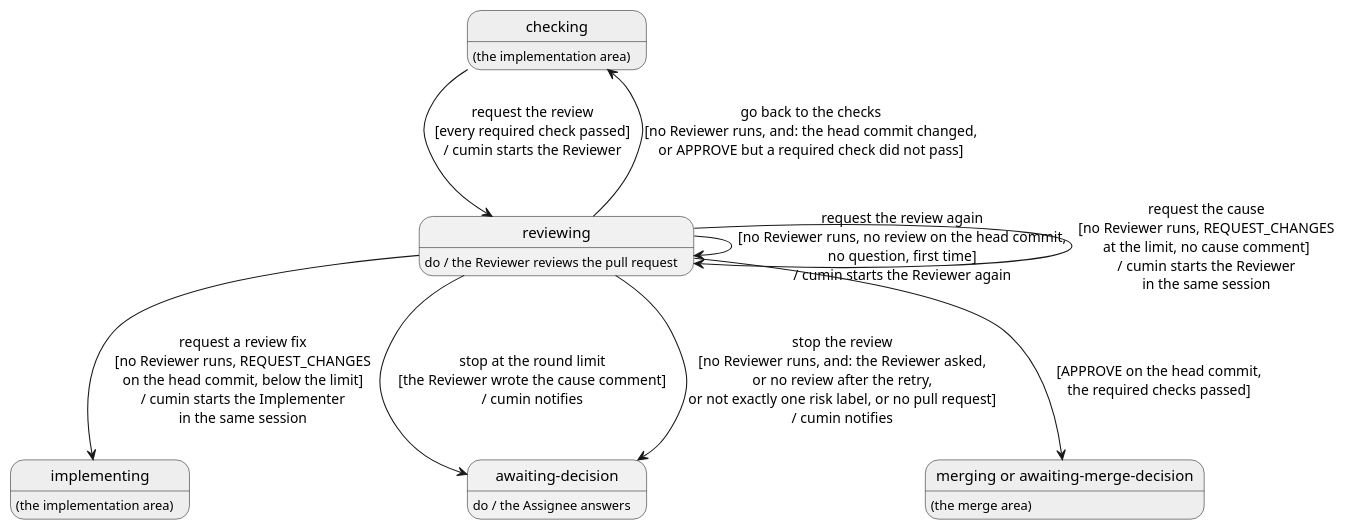
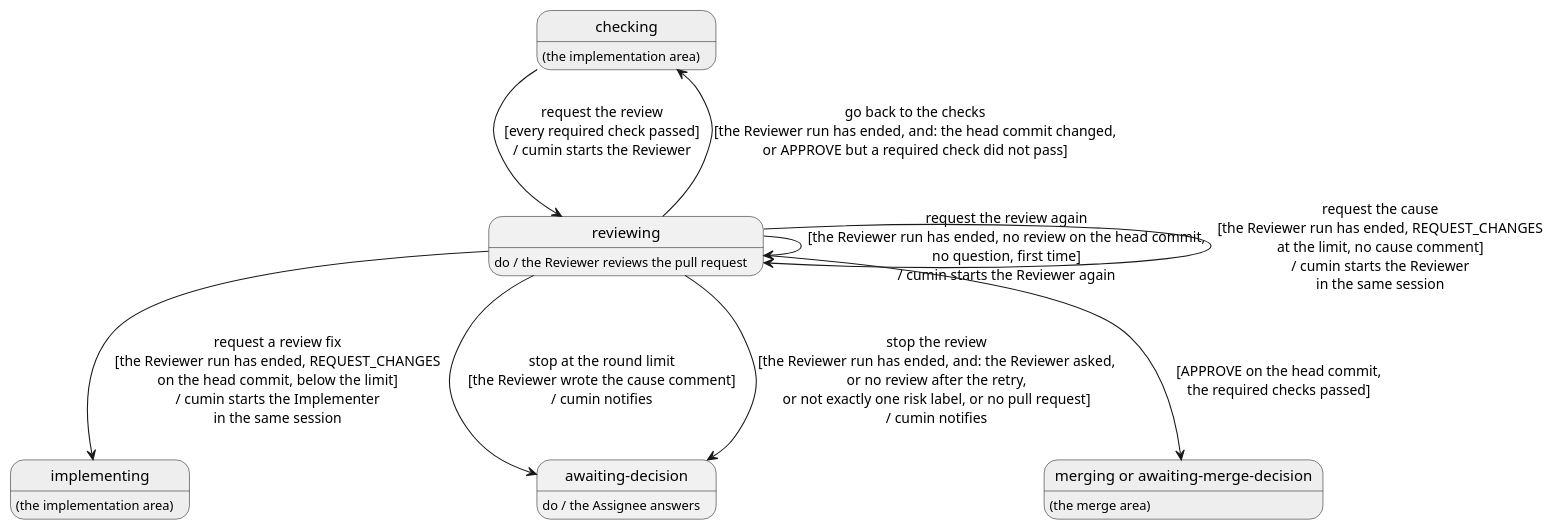
One commit to cloveclovedev/cumin-works changed the diagram in docs/ja/requirements/review/overview.puml. Above: the diagram before and after it, drawn with PlantUML. The commit also changed 21 other files, not shown here.

First line of the commit message:
docs(requirements): revise IMPL and state permission checks and ended runs plainly

```diff
--- a/docs/ja/requirements/review/overview.puml
+++ b/docs/ja/requirements/review/overview.puml
@@ -1,33 +1,33 @@
 @startuml overview
 ' cumin-works - the states of an implementation issue in the review stage.
 ' A state is a label on GitHub, written without "cumin/status/". "do /" says who works in the state.
 ' A transition is written: action [guard] / what cumin does. A gray state belongs to another area.
 ' Render: run scripts/render-diagrams.sh at the root of the repository.
 
 hide empty description
 
 state "checking" as Checking #EEEEEE
 Checking : (the implementation area)
 
 state "reviewing" as Reviewing
 Reviewing : do / the Reviewer reviews the pull request
 
 state "implementing" as Implementing #EEEEEE
 Implementing : (the implementation area)
 
 state "awaiting-decision" as Decision
 Decision : do / the Assignee answers
 
 state "merging or awaiting-merge-decision" as Merge #EEEEEE
 Merge : (the merge area)
 
 Checking --> Reviewing : request the review\n[every required check passed]\n/ cumin starts the Reviewer
-Reviewing --> Implementing : request a review fix\n[no Reviewer runs, REQUEST_CHANGES\non the head commit, below the limit]\n/ cumin starts the Implementer\nin the same session
-Reviewing --> Checking : go back to the checks\n[no Reviewer runs, and: the head commit changed,\nor APPROVE but a required check did not pass]
-Reviewing --> Reviewing : request the review again\n[no Reviewer runs, no review on the head commit,\nno question, first time]\n/ cumin starts the Reviewer again
-Reviewing --> Reviewing : request the cause\n[no Reviewer runs, REQUEST_CHANGES\nat the limit, no cause comment]\n/ cumin starts the Reviewer\nin the same session
+Reviewing --> Implementing : request a review fix\n[the Reviewer run has ended, REQUEST_CHANGES\non the head commit, below the limit]\n/ cumin starts the Implementer\nin the same session
+Reviewing --> Checking : go back to the checks\n[the Reviewer run has ended, and: the head commit changed,\nor APPROVE but a required check did not pass]
+Reviewing --> Reviewing : request the review again\n[the Reviewer run has ended, no review on the head commit,\nno question, first time]\n/ cumin starts the Reviewer again
+Reviewing --> Reviewing : request the cause\n[the Reviewer run has ended, REQUEST_CHANGES\nat the limit, no cause comment]\n/ cumin starts the Reviewer\nin the same session
 Reviewing --> Decision : stop at the round limit\n[the Reviewer wrote the cause comment]\n/ cumin notifies
-Reviewing --> Decision : stop the review\n[no Reviewer runs, and: the Reviewer asked,\nor no review after the retry,\nor not exactly one risk label, or no pull request]\n/ cumin notifies
+Reviewing --> Decision : stop the review\n[the Reviewer run has ended, and: the Reviewer asked,\nor no review after the retry,\nor not exactly one risk label, or no pull request]\n/ cumin notifies
 Reviewing --> Merge : [APPROVE on the head commit,\nthe required checks passed]
 
 @enduml
```
